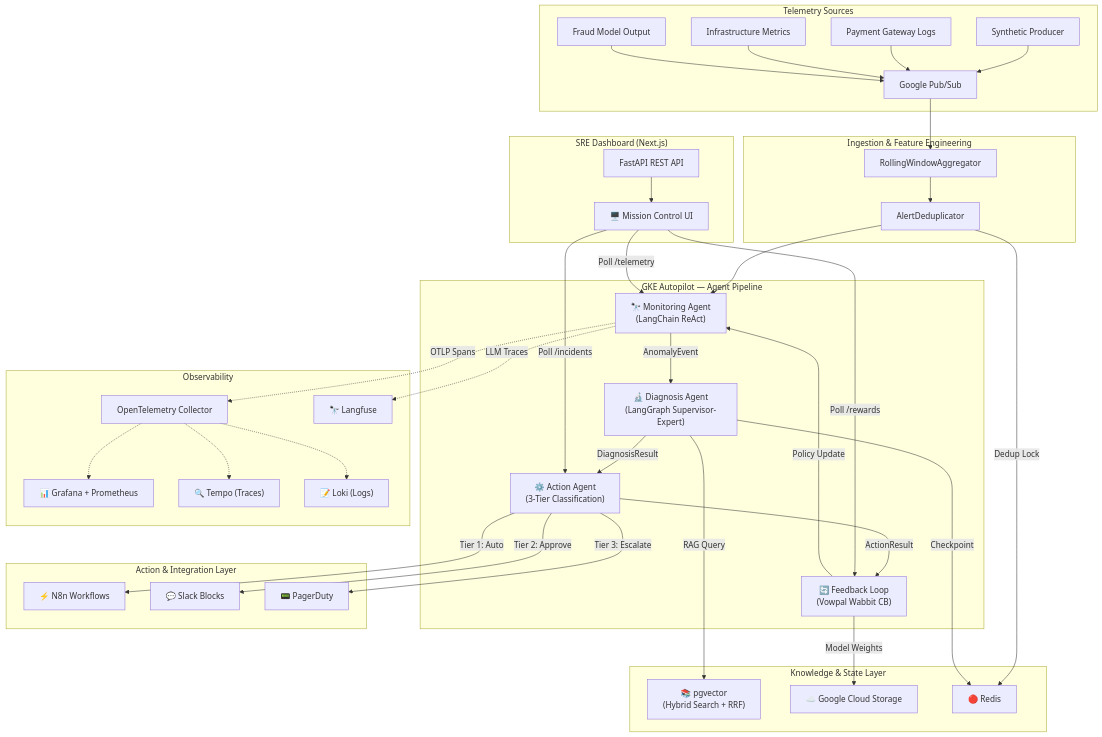
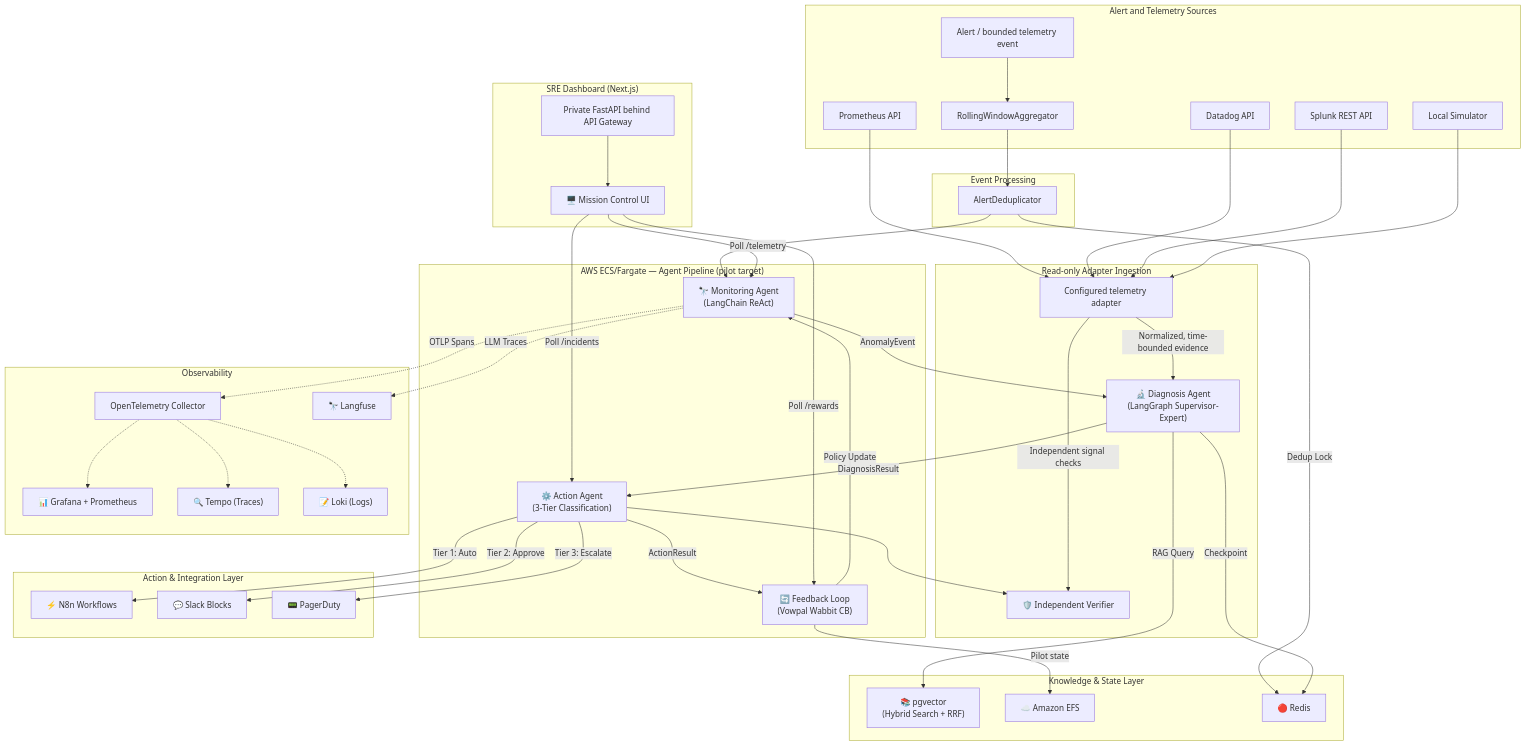
Before and after one commit to addy9051/autonomous_anomaly_resposne_agent: the second of 6 diagrams in README.md, drawn with Mermaid. The commit also changed other lines of this file and 28 other files, not shown here.

````diff
--- a/README.md
+++ b/README.md
@@ -180,50 +182,60 @@
 ```mermaid
 graph TD
-    subgraph "Telemetry Sources"
-        SYN[Synthetic Producer] --> PS[Google Pub/Sub]
-        PG_LOGS[Payment Gateway Logs] --> PS
-        INFRA[Infrastructure Metrics] --> PS
-        FRAUD[Fraud Model Output] --> PS
+    subgraph "Alert and Telemetry Sources"
+        EVENT["Alert / bounded telemetry event"] --> AGG[RollingWindowAggregator]
+        PROM["Prometheus API"]
+        DD["Datadog API"]
+        SPLUNK["Splunk REST API"]
+        SIM["Local Simulator"]
     end
 
-    subgraph "Ingestion & Feature Engineering"
-        PS --> AGG[RollingWindowAggregator]
+    subgraph "Read-only Adapter Ingestion"
+        PROM --> ADAPTER["Configured telemetry adapter"]
+        DD --> ADAPTER
+        SPLUNK --> ADAPTER
+        SIM --> ADAPTER
+        ADAPTER -->|Normalized, time-bounded evidence| DIAG
+        ADAPTER -->|Independent signal checks| VERIFY
+    end
+
+    subgraph "Event Processing"
         AGG --> DEDUP[AlertDeduplicator]
     end
 
-    subgraph "GKE Autopilot — Agent Pipeline"
+    subgraph "AWS ECS/Fargate — Agent Pipeline (pilot target)"
         DEDUP --> MON["🔭 Monitoring Agent<br/>(LangChain ReAct)"]
         MON -->|AnomalyEvent| DIAG["🔬 Diagnosis Agent<br/>(LangGraph Supervisor-Expert)"]
         DIAG -->|DiagnosisResult| ACT["⚙️ Action Agent<br/>(3-Tier Classification)"]
         ACT -->|ActionResult| FB["🔄 Feedback Loop<br/>(Vowpal Wabbit CB)"]
         FB -->|Policy Update| MON
     end
 
     subgraph "Knowledge & State Layer"
         DIAG -->|RAG Query| KB["📚 pgvector<br/>(Hybrid Search + RRF)"]
-        FB -->|Model Weights| GCS["☁️ Google Cloud Storage"]
+        FB -->|Pilot state| EFS["☁️ Amazon EFS"]
         DEDUP -->|Dedup Lock| REDIS["🔴 Redis"]
         DIAG -->|Checkpoint| REDIS
+        ACT --> VERIFY["🛡️ Independent Verifier"]
     end
 
     subgraph "Action & Integration Layer"
         ACT -->|Tier 1: Auto| N8N["⚡ N8n Workflows"]
         ACT -->|Tier 2: Approve| SLACK["💬 Slack Blocks"]
         ACT -->|Tier 3: Escalate| PD["📟 PagerDuty"]
     end
 
     subgraph "Observability"
         MON -.->|OTLP Spans| OTEL["OpenTelemetry Collector"]
         OTEL -.-> GRAF["📊 Grafana + Prometheus"]
         OTEL -.-> TEMPO["🔍 Tempo (Traces)"]
         OTEL -.-> LOKI["📝 Loki (Logs)"]
         MON -.->|LLM Traces| LF["🔭 Langfuse"]
     end
 
     subgraph "SRE Dashboard (Next.js)"
-        API["FastAPI REST API"] --> DASH["🖥️ Mission Control UI"]
+        API["Private FastAPI behind API Gateway"] --> DASH["🖥️ Mission Control UI"]
         DASH -->|Poll /telemetry| MON
         DASH -->|Poll /incidents| ACT
         DASH -->|Poll /rewards| FB
     end
 ```
````
